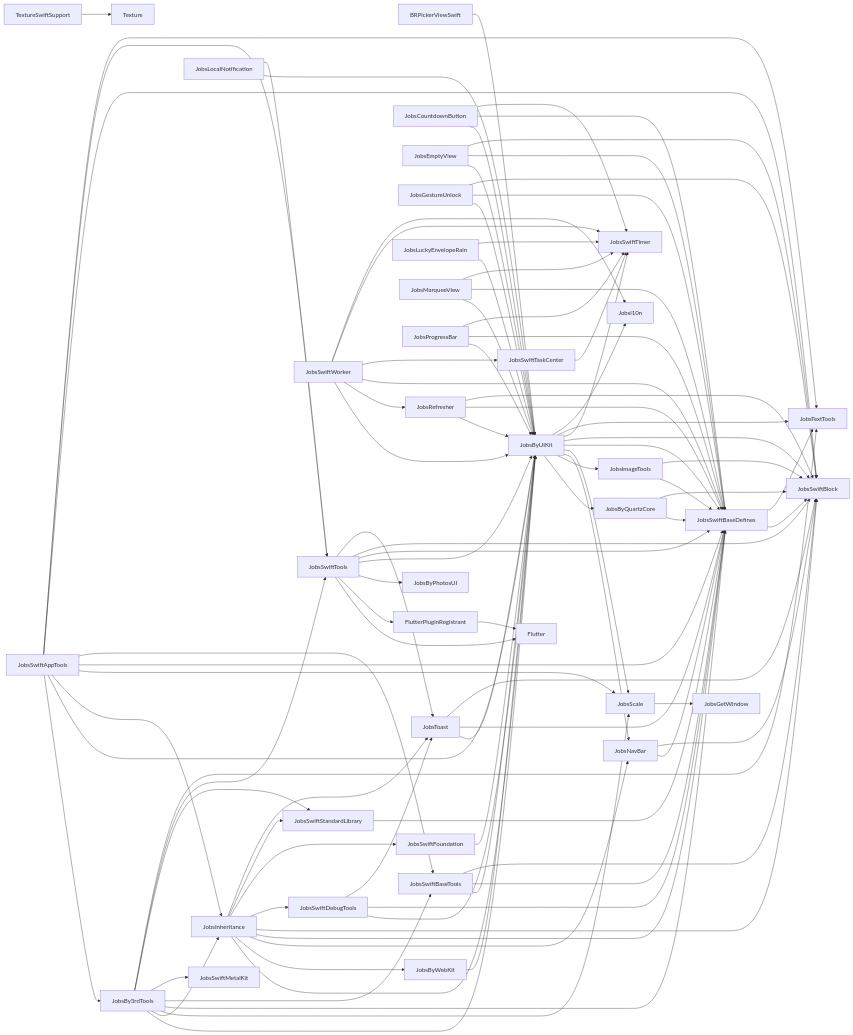
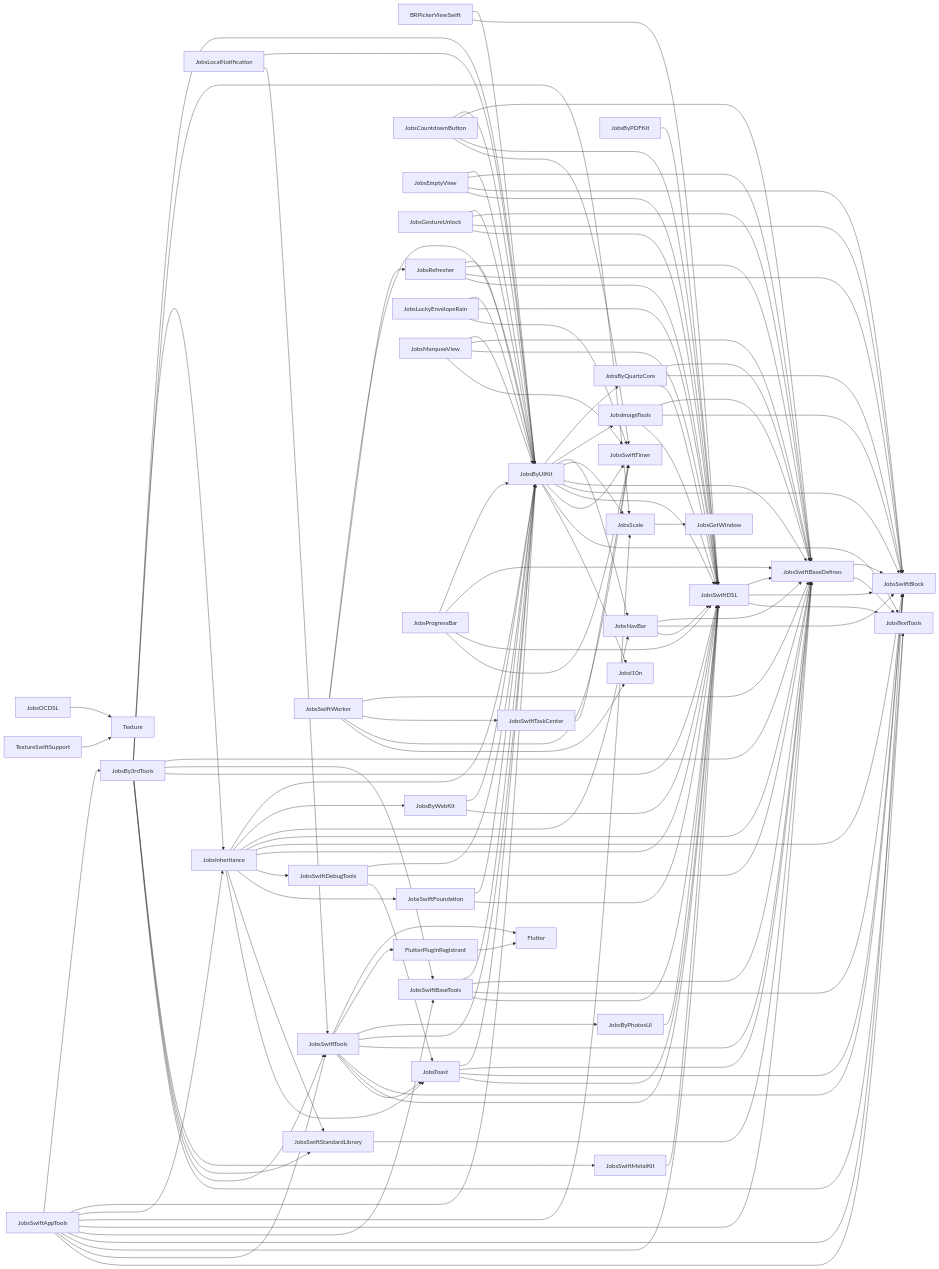
Before and after one commit to JobsKits/JobsSwiftBaseConfigDemo: the first of 2 diagrams in PodspecDependencyReport/PodspecDependencies.md, drawn with Mermaid. The commit also changed other lines of this file and 569 other files, not shown here.

````diff
--- a/PodspecDependencyReport/PodspecDependencies.md
+++ b/PodspecDependencyReport/PodspecDependencies.md
@@ -111,44 +118,56 @@
 ```mermaid
 flowchart LR
   Nd4b3dbc3878b["BRPickerViewSwift"] --> N32038075ad22["JobsByUIKit"]
+  Nd4b3dbc3878b["BRPickerViewSwift"] --> Nbd4d8031c54b["JobsSwiftDSL"]
   N14747c15d95a["FlutterPluginRegistrant"] --> Nc047b10eee76["Flutter"]
   Nfe1ff997a5d3["JobsBy3rdTools"] --> N32038075ad22["JobsByUIKit"]
   Nfe1ff997a5d3["JobsBy3rdTools"] --> N7a9c7bee01af["JobsInheritance"]
   Nfe1ff997a5d3["JobsBy3rdTools"] --> Nc605e6b5421d["JobsScale"]
   Nfe1ff997a5d3["JobsBy3rdTools"] --> N8dbe54185e82["JobsSwiftBaseDefines"]
   Nfe1ff997a5d3["JobsBy3rdTools"] --> N5c1ec45910c6["JobsSwiftBaseTools"]
+  Nfe1ff997a5d3["JobsBy3rdTools"] --> Nbd4d8031c54b["JobsSwiftDSL"]
   Nfe1ff997a5d3["JobsBy3rdTools"] --> N9ab5a04190d8["JobsSwiftMetalKit"]
   Nfe1ff997a5d3["JobsBy3rdTools"] --> N8f1bbfe879cc["JobsSwiftStandardLibrary"]
   Nfe1ff997a5d3["JobsBy3rdTools"] --> Na568a595b2c6["JobsSwiftTools"]
   Nfe1ff997a5d3["JobsBy3rdTools"] --> Nfc90a51d0828["JobsTextTools"]
+  Nf7efbfe37151["JobsByPDFKit"] --> Nbd4d8031c54b["JobsSwiftDSL"]
+  Nca216f1c5269["JobsByPhotosUI"] --> Nbd4d8031c54b["JobsSwiftDSL"]
   Nc743e46b146a["JobsByQuartzCore"] --> N8dbe54185e82["JobsSwiftBaseDefines"]
   Nc743e46b146a["JobsByQuartzCore"] --> Nc7567108c45a["JobsSwiftBlock"]
+  Nc743e46b146a["JobsByQuartzCore"] --> Nbd4d8031c54b["JobsSwiftDSL"]
   N32038075ad22["JobsByUIKit"] --> Nc743e46b146a["JobsByQuartzCore"]
   N32038075ad22["JobsByUIKit"] --> N6dbcbd6c076c["JobsImageTools"]
   N32038075ad22["JobsByUIKit"] --> Nd9dbfc611984["JobsNavBar"]
   N32038075ad22["JobsByUIKit"] --> Nc605e6b5421d["JobsScale"]
   N32038075ad22["JobsByUIKit"] --> N8dbe54185e82["JobsSwiftBaseDefines"]
   N32038075ad22["JobsByUIKit"] --> Nc7567108c45a["JobsSwiftBlock"]
+  N32038075ad22["JobsByUIKit"] --> Nbd4d8031c54b["JobsSwiftDSL"]
   N32038075ad22["JobsByUIKit"] --> Nfd94adb51598["JobsSwiftTimer"]
   N32038075ad22["JobsByUIKit"] --> Nfc90a51d0828["JobsTextTools"]
   N32038075ad22["JobsByUIKit"] --> N9dff37c8d77e["Jobsl10n"]
   N1f955db97679["JobsByWebKit"] --> N32038075ad22["JobsByUIKit"]
+  N1f955db97679["JobsByWebKit"] --> Nbd4d8031c54b["JobsSwiftDSL"]
   N8a2865d24b8e["JobsCountdownButton"] --> N32038075ad22["JobsByUIKit"]
   N8a2865d24b8e["JobsCountdownButton"] --> N8dbe54185e82["JobsSwiftBaseDefines"]
+  N8a2865d24b8e["JobsCountdownButton"] --> Nbd4d8031c54b["JobsSwiftDSL"]
   N8a2865d24b8e["JobsCountdownButton"] --> Nfd94adb51598["JobsSwiftTimer"]
   Nb2853a7530c8["JobsEmptyView"] --> N32038075ad22["JobsByUIKit"]
   Nb2853a7530c8["JobsEmptyView"] --> N8dbe54185e82["JobsSwiftBaseDefines"]
   Nb2853a7530c8["JobsEmptyView"] --> Nc7567108c45a["JobsSwiftBlock"]
+  Nb2853a7530c8["JobsEmptyView"] --> Nbd4d8031c54b["JobsSwiftDSL"]
   N8ce46417a954["JobsGestureUnlock"] --> N32038075ad22["JobsByUIKit"]
   N8ce46417a954["JobsGestureUnlock"] --> N8dbe54185e82["JobsSwiftBaseDefines"]
   N8ce46417a954["JobsGestureUnlock"] --> Nc7567108c45a["JobsSwiftBlock"]
+  N8ce46417a954["JobsGestureUnlock"] --> Nbd4d8031c54b["JobsSwiftDSL"]
   N6dbcbd6c076c["JobsImageTools"] --> N8dbe54185e82["JobsSwiftBaseDefines"]
   N6dbcbd6c076c["JobsImageTools"] --> Nc7567108c45a["JobsSwiftBlock"]
+  N6dbcbd6c076c["JobsImageTools"] --> Nbd4d8031c54b["JobsSwiftDSL"]
   N7a9c7bee01af["JobsInheritance"] --> N32038075ad22["JobsByUIKit"]
   N7a9c7bee01af["JobsInheritance"] --> N1f955db97679["JobsByWebKit"]
   N7a9c7bee01af["JobsInheritance"] --> Nd9dbfc611984["JobsNavBar"]
   N7a9c7bee01af["JobsInheritance"] --> N8dbe54185e82["JobsSwiftBaseDefines"]
   N7a9c7bee01af["JobsInheritance"] --> Nc7567108c45a["JobsSwiftBlock"]
+  N7a9c7bee01af["JobsInheritance"] --> Nbd4d8031c54b["JobsSwiftDSL"]
   N7a9c7bee01af["JobsInheritance"] --> N807eaeffe5a4["JobsSwiftDebugTools"]
   N7a9c7bee01af["JobsInheritance"] --> N37fa4b9e4579["JobsSwiftFoundation"]
   N7a9c7bee01af["JobsInheritance"] --> N8f1bbfe879cc["JobsSwiftStandardLibrary"]
@@ -156,18 +175,24 @@
   N21756f8f29e8["JobsLocalNotification"] --> N32038075ad22["JobsByUIKit"]
   N21756f8f29e8["JobsLocalNotification"] --> Na568a595b2c6["JobsSwiftTools"]
   N899875e07d1b["JobsLuckyEnvelopeRain"] --> N32038075ad22["JobsByUIKit"]
+  N899875e07d1b["JobsLuckyEnvelopeRain"] --> Nbd4d8031c54b["JobsSwiftDSL"]
   N899875e07d1b["JobsLuckyEnvelopeRain"] --> Nfd94adb51598["JobsSwiftTimer"]
   N9e7dc84491e8["JobsMarqueeView"] --> N32038075ad22["JobsByUIKit"]
   N9e7dc84491e8["JobsMarqueeView"] --> N8dbe54185e82["JobsSwiftBaseDefines"]
+  N9e7dc84491e8["JobsMarqueeView"] --> Nbd4d8031c54b["JobsSwiftDSL"]
   N9e7dc84491e8["JobsMarqueeView"] --> Nfd94adb51598["JobsSwiftTimer"]
   Nd9dbfc611984["JobsNavBar"] --> N8dbe54185e82["JobsSwiftBaseDefines"]
   Nd9dbfc611984["JobsNavBar"] --> Nc7567108c45a["JobsSwiftBlock"]
+  Nd9dbfc611984["JobsNavBar"] --> Nbd4d8031c54b["JobsSwiftDSL"]
+  N018c2243ba9d["JobsOCDSL"] --> Na3e8ae43188a["Texture"]
   Na62a2c62f899["JobsProgressBar"] --> N32038075ad22["JobsByUIKit"]
   Na62a2c62f899["JobsProgressBar"] --> N8dbe54185e82["JobsSwiftBaseDefines"]
+  Na62a2c62f899["JobsProgressBar"] --> Nbd4d8031c54b["JobsSwiftDSL"]
   Na62a2c62f899["JobsProgressBar"] --> Nfd94adb51598["JobsSwiftTimer"]
   N4f19e371e55e["JobsRefresher"] --> N32038075ad22["JobsByUIKit"]
   N4f19e371e55e["JobsRefresher"] --> N8dbe54185e82["JobsSwiftBaseDefines"]
   N4f19e371e55e["JobsRefresher"] --> Nc7567108c45a["JobsSwiftBlock"]
+  N4f19e371e55e["JobsRefresher"] --> Nbd4d8031c54b["JobsSwiftDSL"]
   Nc605e6b5421d["JobsScale"] --> N10ee0e68a559["JobsGetWindow"]
   N7203a303dc13["JobsSwiftAppTools"] --> Nfe1ff997a5d3["JobsBy3rdTools"]
   N7203a303dc13["JobsSwiftAppTools"] --> N32038075ad22["JobsByUIKit"]
@@ -176,6 +201,7 @@
   N7203a303dc13["JobsSwiftAppTools"] --> N8dbe54185e82["JobsSwiftBaseDefines"]
   N7203a303dc13["JobsSwiftAppTools"] --> N5c1ec45910c6["JobsSwiftBaseTools"]
   N7203a303dc13["JobsSwiftAppTools"] --> Nc7567108c45a["JobsSwiftBlock"]
+  N7203a303dc13["JobsSwiftAppTools"] --> Nbd4d8031c54b["JobsSwiftDSL"]
   N7203a303dc13["JobsSwiftAppTools"] --> Na568a595b2c6["JobsSwiftTools"]
   N7203a303dc13["JobsSwiftAppTools"] --> Nfc90a51d0828["JobsTextTools"]
   N8dbe54185e82["JobsSwiftBaseDefines"] --> Nc7567108c45a["JobsSwiftBlock"]
@@ -183,10 +209,16 @@
   N5c1ec45910c6["JobsSwiftBaseTools"] --> N32038075ad22["JobsByUIKit"]
   N5c1ec45910c6["JobsSwiftBaseTools"] --> N8dbe54185e82["JobsSwiftBaseDefines"]
   N5c1ec45910c6["JobsSwiftBaseTools"] --> Nc7567108c45a["JobsSwiftBlock"]
+  N5c1ec45910c6["JobsSwiftBaseTools"] --> Nbd4d8031c54b["JobsSwiftDSL"]
+  Nbd4d8031c54b["JobsSwiftDSL"] --> N8dbe54185e82["JobsSwiftBaseDefines"]
+  Nbd4d8031c54b["JobsSwiftDSL"] --> Nc7567108c45a["JobsSwiftBlock"]
+  Nbd4d8031c54b["JobsSwiftDSL"] --> Nfc90a51d0828["JobsTextTools"]
   N807eaeffe5a4["JobsSwiftDebugTools"] --> N32038075ad22["JobsByUIKit"]
   N807eaeffe5a4["JobsSwiftDebugTools"] --> N8dbe54185e82["JobsSwiftBaseDefines"]
   N807eaeffe5a4["JobsSwiftDebugTools"] --> N9817f6c3f4e6["JobsToast"]
   N37fa4b9e4579["JobsSwiftFoundation"] --> N32038075ad22["JobsByUIKit"]
+  N37fa4b9e4579["JobsSwiftFoundation"] --> Nbd4d8031c54b["JobsSwiftDSL"]
+  N9ab5a04190d8["JobsSwiftMetalKit"] --> Nbd4d8031c54b["JobsSwiftDSL"]
   N8f1bbfe879cc["JobsSwiftStandardLibrary"] --> N8dbe54185e82["JobsSwiftBaseDefines"]
   Naf3906ede4aa["JobsSwiftTaskCenter"] --> Nfd94adb51598["JobsSwiftTimer"]
   Na568a595b2c6["JobsSwiftTools"] --> Nc047b10eee76["Flutter"]
@@ -195,6 +227,7 @@
   Na568a595b2c6["JobsSwiftTools"] --> N32038075ad22["JobsByUIKit"]
   Na568a595b2c6["JobsSwiftTools"] --> N8dbe54185e82["JobsSwiftBaseDefines"]
   Na568a595b2c6["JobsSwiftTools"] --> Nc7567108c45a["JobsSwiftBlock"]
+  Na568a595b2c6["JobsSwiftTools"] --> Nbd4d8031c54b["JobsSwiftDSL"]
   Na568a595b2c6["JobsSwiftTools"] --> N9817f6c3f4e6["JobsToast"]
   N2f0325b518dd["JobsSwiftWorker"] --> N32038075ad22["JobsByUIKit"]
   N2f0325b518dd["JobsSwiftWorker"] --> N4f19e371e55e["JobsRefresher"]
@@ -205,5 +238,6 @@
   N9817f6c3f4e6["JobsToast"] --> N32038075ad22["JobsByUIKit"]
   N9817f6c3f4e6["JobsToast"] --> N8dbe54185e82["JobsSwiftBaseDefines"]
   N9817f6c3f4e6["JobsToast"] --> Nc7567108c45a["JobsSwiftBlock"]
+  N9817f6c3f4e6["JobsToast"] --> Nbd4d8031c54b["JobsSwiftDSL"]
   N4b8597aa9c62["TextureSwiftSupport"] --> Na3e8ae43188a["Texture"]
 ```
````
